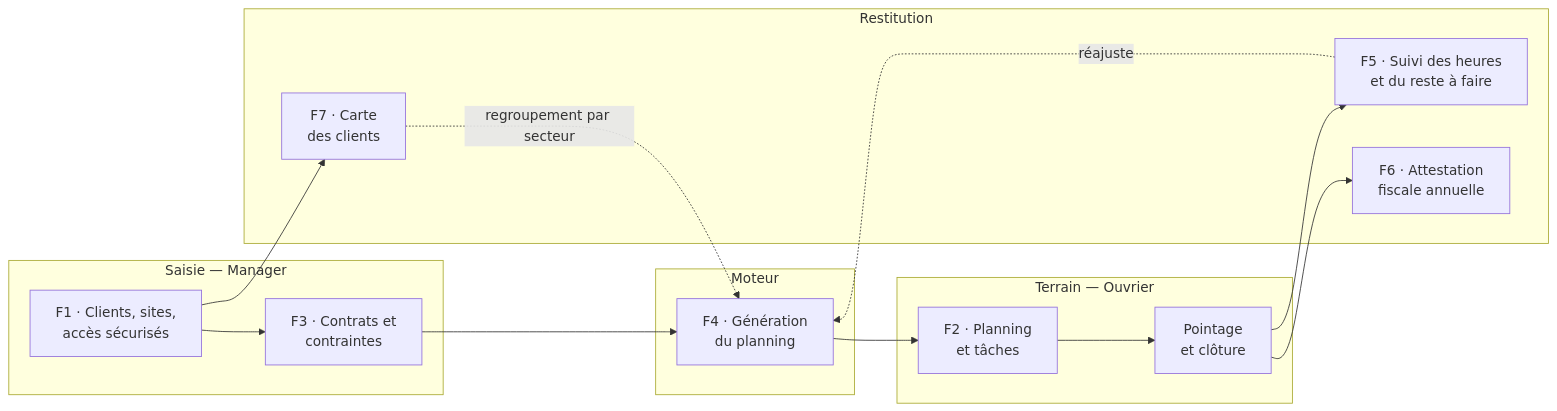
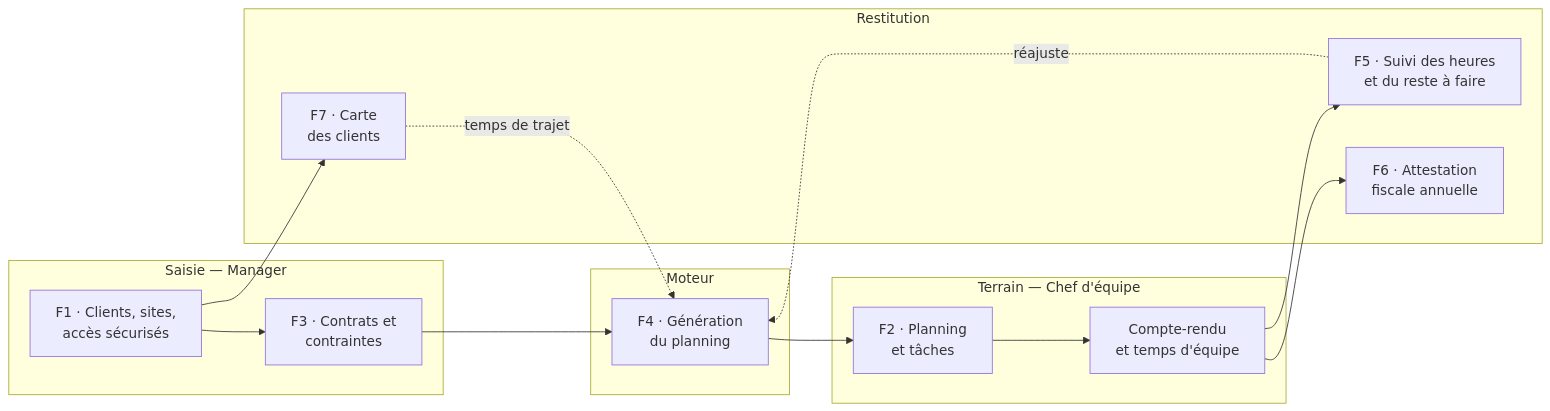
Before and after one commit to sladinji/Planisage: the first of 9 diagrams in docs/02-conception-poc.md, drawn with Mermaid. The commit also changed other lines of this file and 2 other files, not shown here.

````diff
--- a/docs/02-conception-poc.md
+++ b/docs/02-conception-poc.md
@@ -19,29 +36,29 @@
 ```mermaid
 flowchart LR
     subgraph Saisie["Saisie — Manager"]
         A["F1 · Clients, sites,<br/>accès sécurisés"]
         B["F3 · Contrats et<br/>contraintes"]
     end
 
     subgraph Moteur["Moteur"]
         C["F4 · Génération<br/>du planning"]
     end
 
-    subgraph Terrain["Terrain — Ouvrier"]
+    subgraph Terrain["Terrain — Chef d'équipe"]
         D["F2 · Planning<br/>et tâches"]
-        E["Pointage<br/>et clôture"]
+        E["Compte-rendu<br/>et temps d'équipe"]
     end
 
     subgraph Restitution["Restitution"]
         F["F5 · Suivi des heures<br/>et du reste à faire"]
         G["F6 · Attestation<br/>fiscale annuelle"]
         H["F7 · Carte<br/>des clients"]
     end
 
     A --> B --> C --> D --> E
     E --> F
     F -. "réajuste" .-> C
     E --> G
     A --> H
-    H -. "regroupement par secteur" .-> C
+    H -. "temps de trajet" .-> C
 ```
````
